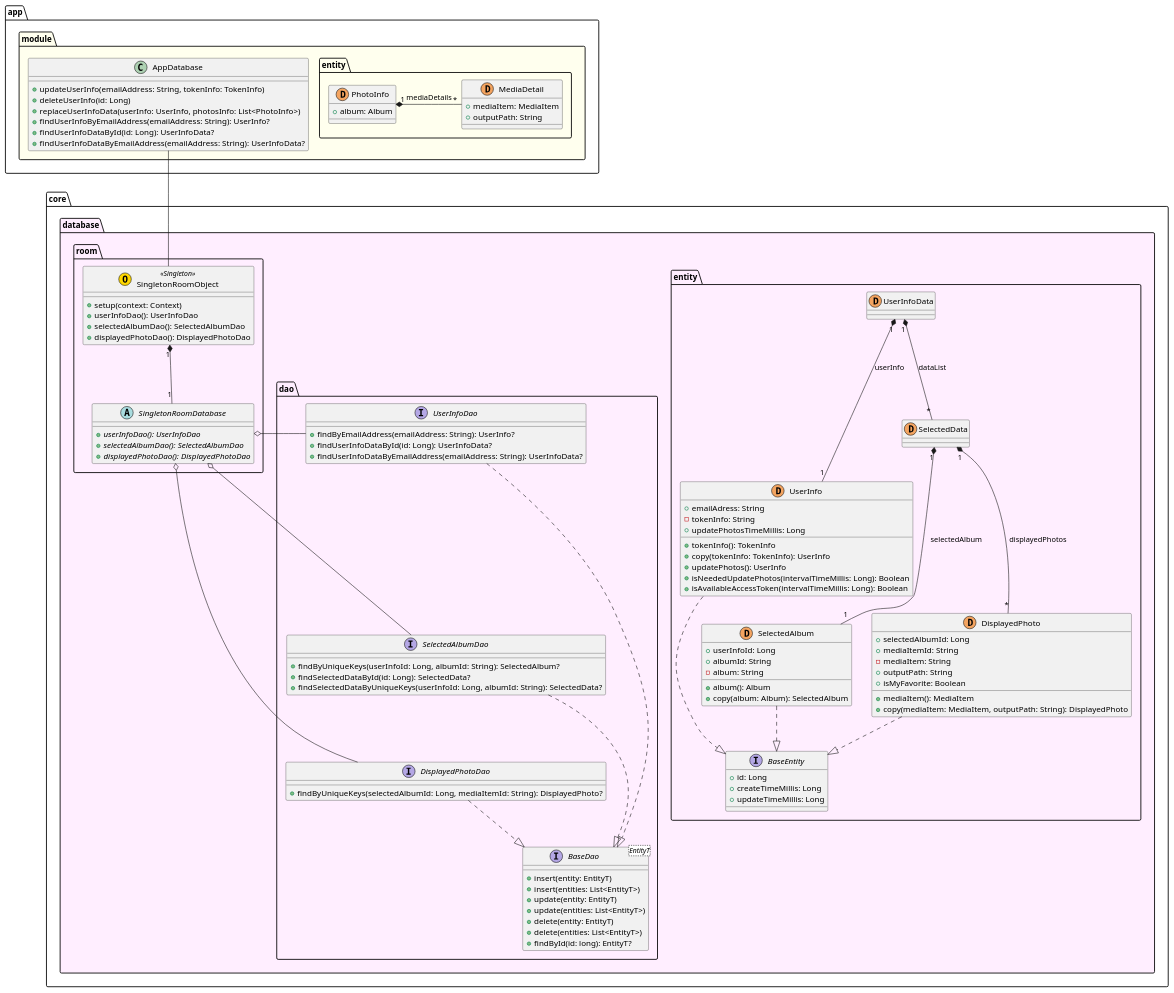
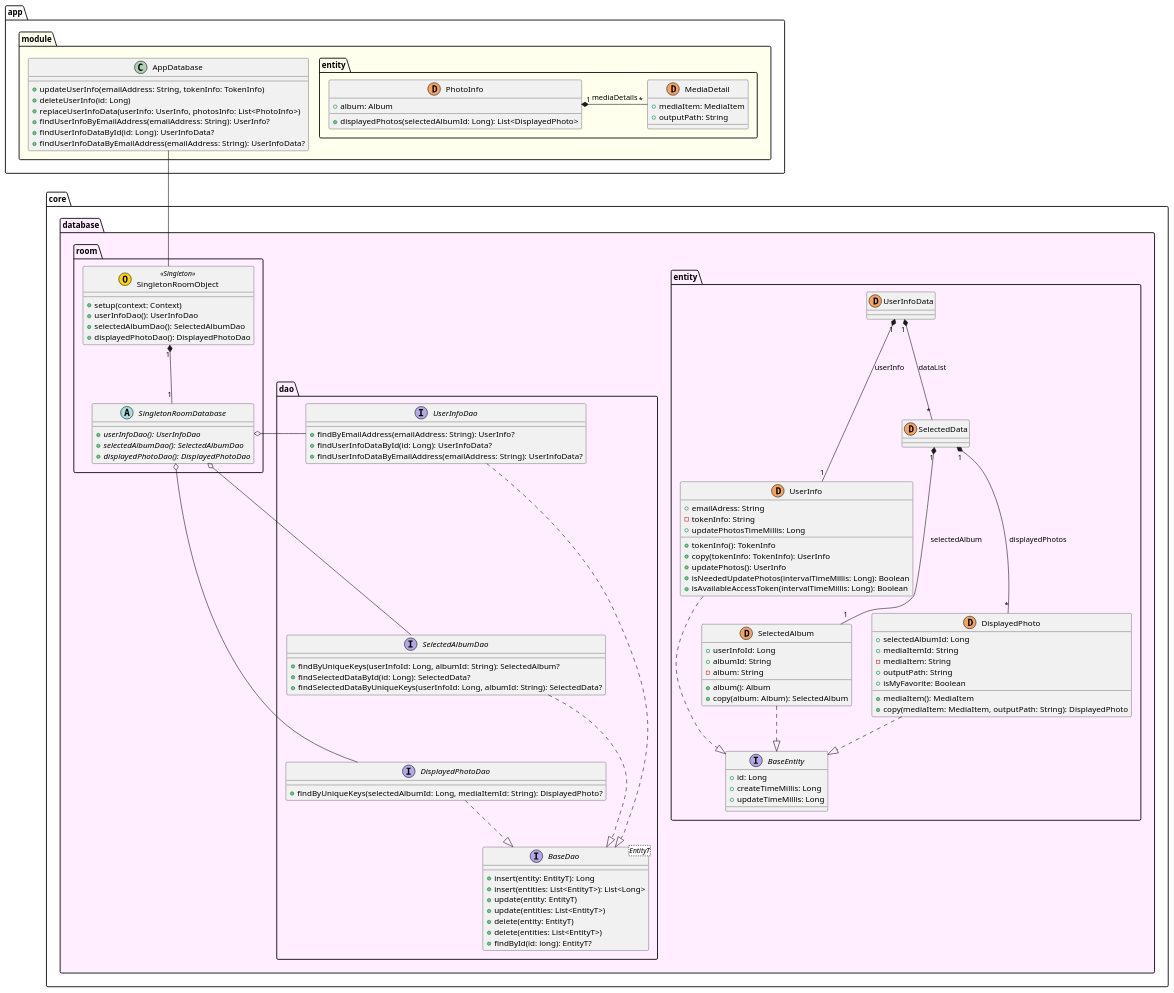
Before and after one commit to sallyluenoa/PhotoSlideShow: the diagram in uml/database/class_diagram_database.md, drawn with PlantUML. The commit also changed 4 other files, not shown here.

First line of the commit message:
Brush up app module and whole sequence #12

```diff
--- a/uml/database/class_diagram_database.md
+++ b/uml/database/class_diagram_database.md
@@ -48,8 +48,8 @@
 
   namespace dao {
     interface BaseDao<EntityT> {
-      + insert(entity: EntityT)
-      + insert(entities: List<EntityT>)
+      + insert(entity: EntityT): Long
+      + insert(entities: List<EntityT>): List<Long>
       + update(entity: EntityT)
       + update(entities: List<EntityT>)
       + delete(entity: EntityT)
@@ -100,6 +100,7 @@
   namespace entity {
     class PhotoInfo << (D, sandybrown) >> {
       + album: Album
+      + displayedPhotos(selectedAlbumId: Long): List<DisplayedPhoto>
     }
     class MediaDetail << (D, sandybrown) >> {
       + mediaItem: MediaItem
@@ -124,5 +125,4 @@
 core.database.room.SingletonRoomDatabase o-right- core.database.dao.DisplayedPhotoDao
 
 app.module.AppDatabase -- core.database.room.SingletonRoomObject
-
 @enduml
```
